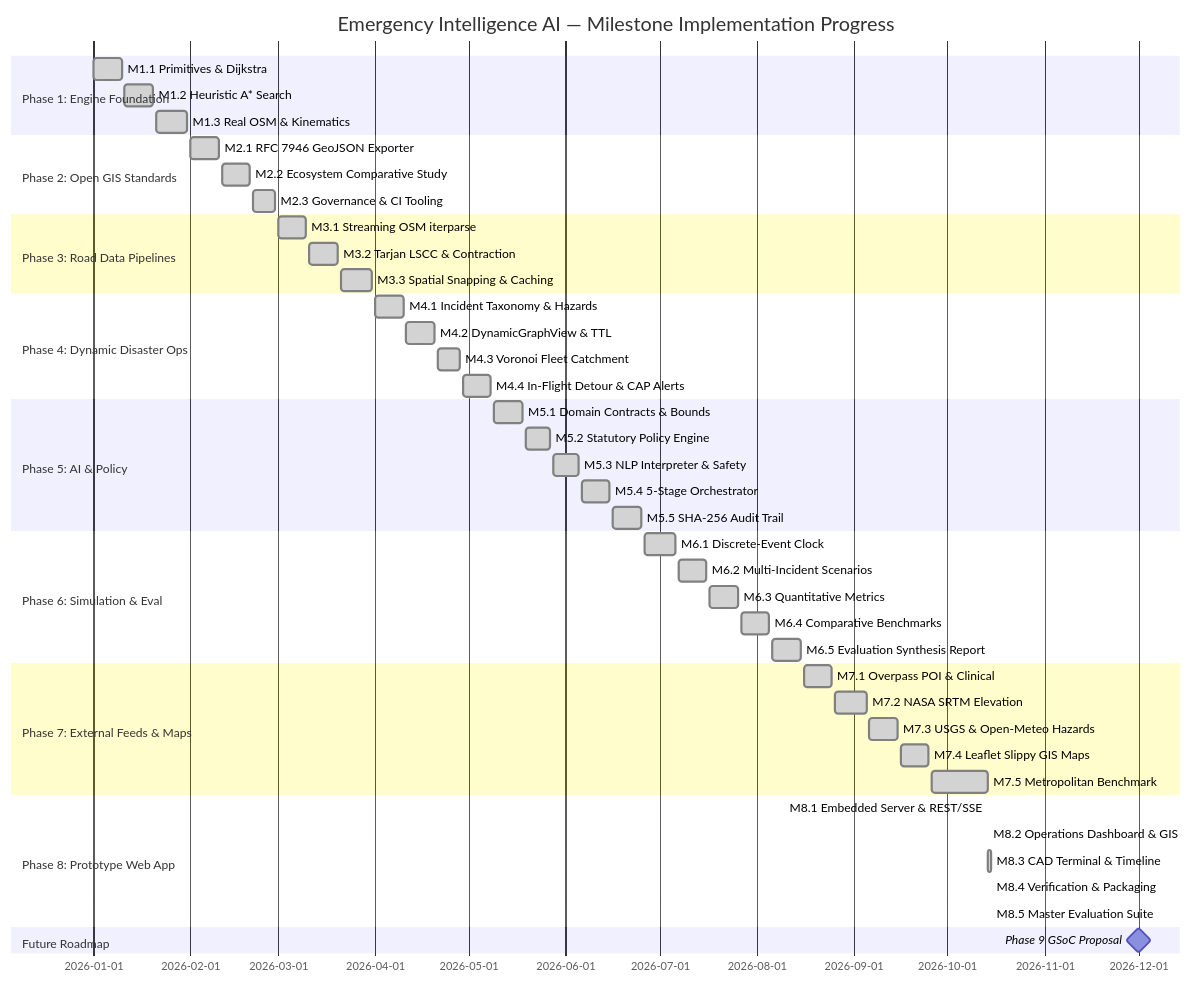
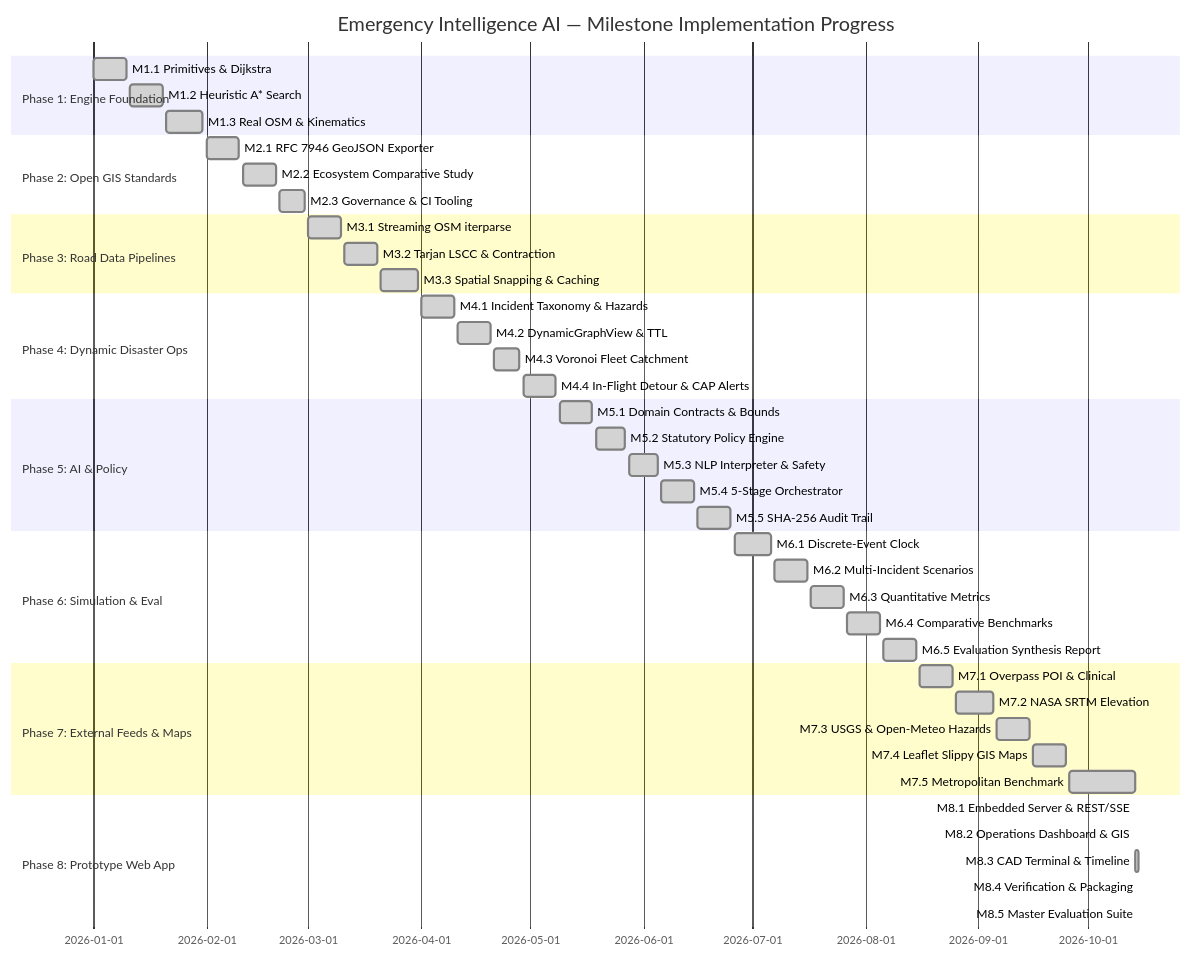
The diagram in updates.md (Akshay-18253/Emergency-Intelligence-AI), drawn with Mermaid before and after one commit. The commit also changed other lines of this file and 3 other files, not shown here.

Commit message:
docs: pivot README to open-source community focus and finalize 8-phase roadmap

````diff
--- a/updates.md
+++ b/updates.md
@@ -89,48 +88,46 @@
 ```mermaid
 gantt
     title Emergency Intelligence AI — Milestone Implementation Progress
     dateFormat  YYYY-MM-DD
     section Phase 1: Engine Foundation
     M1.1 Primitives & Dijkstra       :done, p1_1, 2026-01-01, 2026-01-10
     M1.2 Heuristic A* Search        :done, p1_2, 2026-01-11, 2026-01-20
     M1.3 Real OSM & Kinematics       :done, p1_3, 2026-01-21, 2026-01-31
     section Phase 2: Open GIS Standards
     M2.1 RFC 7946 GeoJSON Exporter   :done, p2_1, 2026-02-01, 2026-02-10
     M2.2 Ecosystem Comparative Study :done, p2_2, 2026-02-11, 2026-02-20
     M2.3 Governance & CI Tooling     :done, p2_3, 2026-02-21, 2026-02-28
     section Phase 3: Road Data Pipelines
     M3.1 Streaming OSM iterparse     :done, p3_1, 2026-03-01, 2026-03-10
     M3.2 Tarjan LSCC & Contraction   :done, p3_2, 2026-03-11, 2026-03-20
     M3.3 Spatial Snapping & Caching  :done, p3_3, 2026-03-21, 2026-03-31
     section Phase 4: Dynamic Disaster Ops
     M4.1 Incident Taxonomy & Hazards :done, p4_1, 2026-04-01, 2026-04-10
     M4.2 DynamicGraphView & TTL      :done, p4_2, 2026-04-11, 2026-04-20
     M4.3 Voronoi Fleet Catchment     :done, p4_3, 2026-04-21, 2026-04-28
     M4.4 In-Flight Detour & CAP Alerts:done, p4_4, 2026-04-29, 2026-05-08
     section Phase 5: AI & Policy
     M5.1 Domain Contracts & Bounds   :done, p5_1, 2026-05-09, 2026-05-18
     M5.2 Statutory Policy Engine     :done, p5_2, 2026-05-19, 2026-05-27
     M5.3 NLP Interpreter & Safety    :done, p5_3, 2026-05-28, 2026-06-05
     M5.4 5-Stage Orchestrator        :done, p5_4, 2026-06-06, 2026-06-15
     M5.5 SHA-256 Audit Trail         :done, p5_5, 2026-06-16, 2026-06-25
     section Phase 6: Simulation & Eval
     M6.1 Discrete-Event Clock        :done, p6_1, 2026-06-26, 2026-07-06
     M6.2 Multi-Incident Scenarios    :done, p6_2, 2026-07-07, 2026-07-16
     M6.3 Quantitative Metrics        :done, p6_3, 2026-07-17, 2026-07-26
     M6.4 Comparative Benchmarks      :done, p6_4, 2026-07-27, 2026-08-05
     M6.5 Evaluation Synthesis Report :done, p6_5, 2026-08-06, 2026-08-15
     section Phase 7: External Feeds & Maps
     M7.1 Overpass POI & Clinical     :done, p7_1, 2026-08-16, 2026-08-25
     M7.2 NASA SRTM Elevation         :done, p7_2, 2026-08-26, 2026-09-05
     M7.3 USGS & Open-Meteo Hazards   :done, p7_3, 2026-09-06, 2026-09-15
     M7.4 Leaflet Slippy GIS Maps     :done, p7_4, 2026-09-16, 2026-09-25
     M7.5 Metropolitan Benchmark      :done, p7_5, 2026-09-26, 2026-10-14
     section Phase 8: Prototype Web App
     M8.1 Embedded Server & REST/SSE  :done, p8_1, 2026-10-14, 2026-10-14
     M8.2 Operations Dashboard & GIS  :done, p8_2, 2026-10-14, 2026-10-14
     M8.3 CAD Terminal & Timeline     :done, p8_3, 2026-10-14, 2026-10-15
     M8.4 Verification & Packaging    :done, p8_4, 2026-10-15, 2026-10-15
     M8.5 Master Evaluation Suite     :done, p8_5, 2026-10-15, 2026-10-15
-    section Future Roadmap
-    Phase 9 GSoC Proposal            :milestone, p9, 2026-12-01, 2026-12-01
 ```
````
